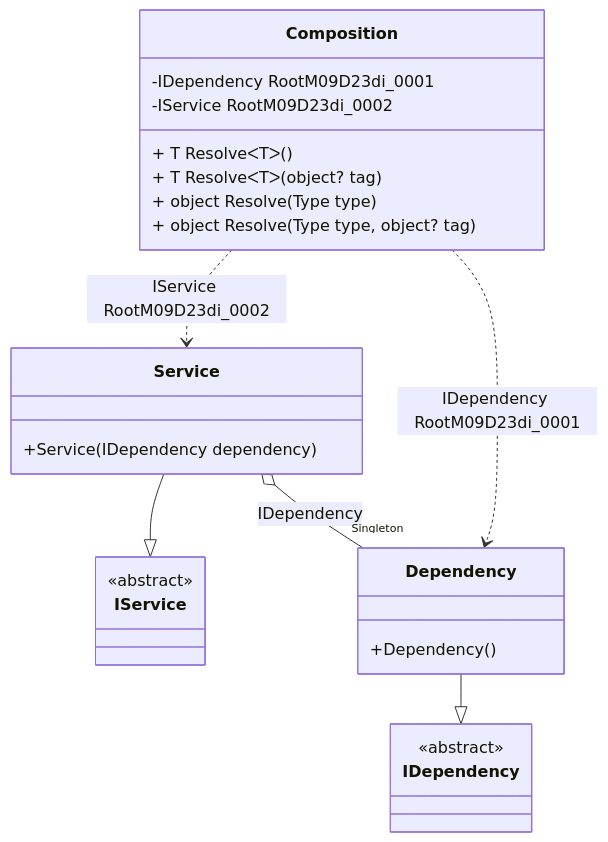
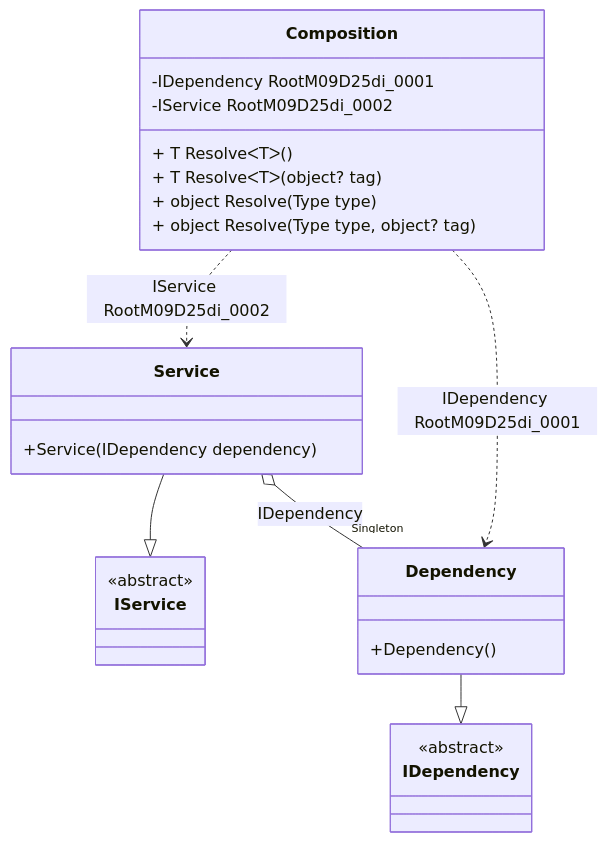
One commit to DevTeam/Pure.DI changed the diagram in readme/service-collection.md. Above: the diagram before and after it, drawn with Mermaid. The commit also changed other lines of this file and 56 other files, not shown here.

````diff
--- a/readme/service-collection.md
+++ b/readme/service-collection.md
@@ -75,28 +75,28 @@
 ```mermaid
 classDiagram
   class Composition {
-    -IDependency RootM09D23di_0001
-    -IService RootM09D23di_0002
+    -IDependency RootM09D25di_0001
+    -IService RootM09D25di_0002
     + T ResolveᐸTᐳ()
     + T ResolveᐸTᐳ(object? tag)
     + object Resolve(Type type)
     + object Resolve(Type type, object? tag)
   }
   Service --|> IService : 
   class Service {
     +Service(IDependency dependency)
   }
   Dependency --|> IDependency : 
   class Dependency {
     +Dependency()
   }
   class IService {
     <<abstract>>
   }
   class IDependency {
     <<abstract>>
   }
   Service o--  "Singleton" Dependency : IDependency
-  Composition ..> Dependency : IDependency RootM09D23di_0001
-  Composition ..> Service : IService RootM09D23di_0002
+  Composition ..> Dependency : IDependency RootM09D25di_0001
+  Composition ..> Service : IService RootM09D25di_0002
 ```
````
